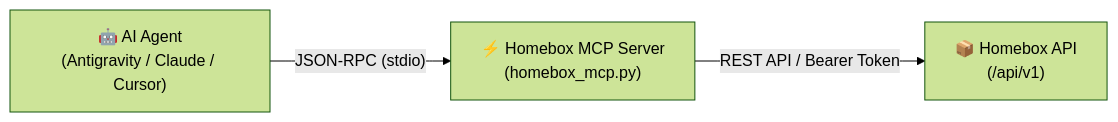
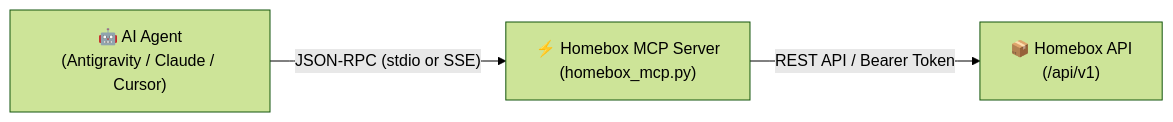
The diagram in README.md (lmolent/homebox-mcp), drawn with Mermaid (forest theme) before and after one commit. The commit also changed other lines of this file and 2 other files, not shown here.

````diff
--- a/README.md
+++ b/README.md
@@ -26,6 +36,6 @@
 ```mermaid
 flowchart LR
     Agent["🤖 AI Agent\n(Antigravity / Claude / Cursor)"] 
-    -->|"JSON-RPC (stdio)"| MCP["⚡ Homebox MCP Server\n(homebox_mcp.py)"]
+    -->|"JSON-RPC (stdio or SSE)"| MCP["⚡ Homebox MCP Server\n(homebox_mcp.py)"]
     MCP -->|"REST API / Bearer Token"| HB["📦 Homebox API\n(/api/v1)"]
 ```
````
